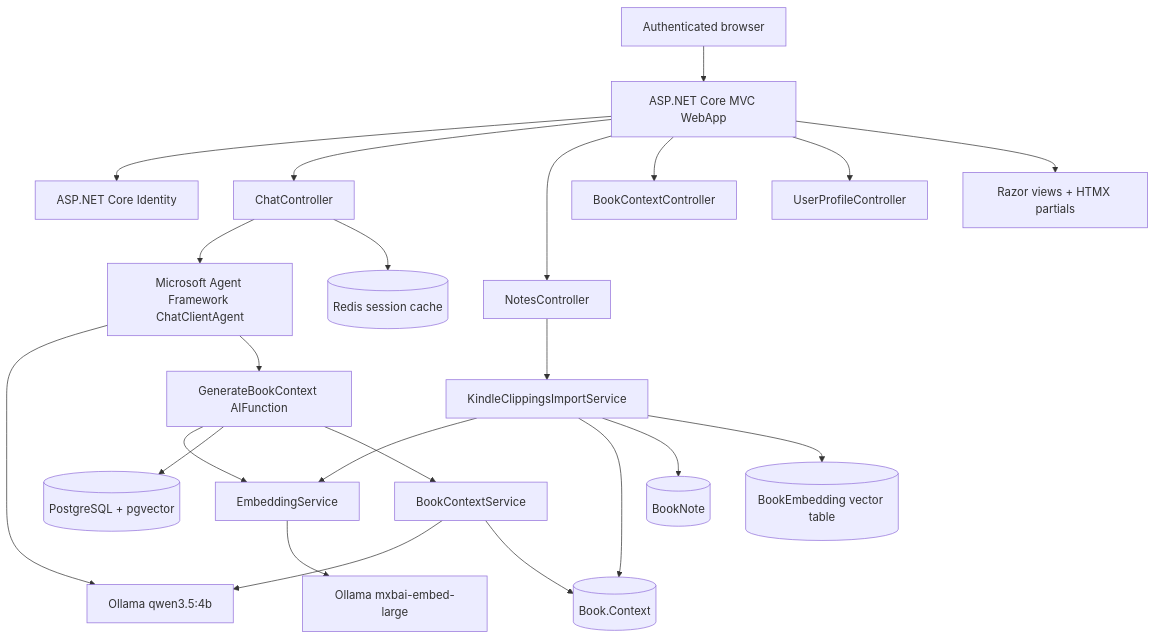
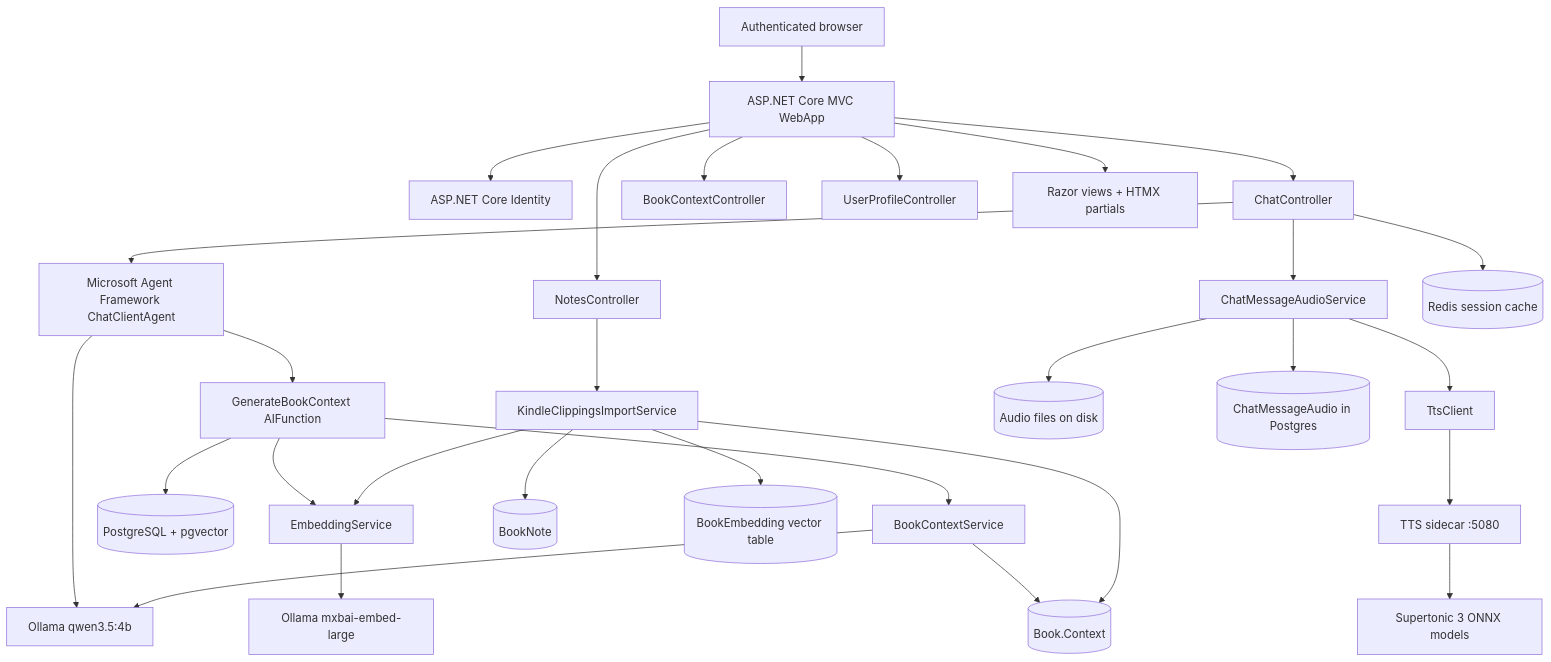
One commit to FabioRNobrega/book-notes-ia changed the first of 2 diagrams in README.md. Above: the diagram before and after it, drawn with Mermaid. The commit also changed other lines of this file and 6 other files, not shown here.

Commit message:
feat(tts): integrate TTS service with CI, update documentation, and enhance test coverage

````diff
--- a/README.md
+++ b/README.md
@@ -49,29 +54,36 @@
 ```mermaid
 flowchart TD
     Browser[Authenticated browser] --> MVC[ASP.NET Core MVC WebApp]
     MVC --> Identity[ASP.NET Core Identity]
     MVC --> ChatController[ChatController]
     MVC --> NotesController[NotesController]
     MVC --> BookContextController[BookContextController]
     MVC --> UserProfileController[UserProfileController]
 
     ChatController --> Agent[Microsoft Agent Framework ChatClientAgent]
     Agent --> ChatModel[Ollama qwen3.5:4b]
     Agent --> Tool[GenerateBookContext AIFunction]
 
     Tool --> EmbeddingService[EmbeddingService]
     EmbeddingService --> EmbeddingModel[Ollama mxbai-embed-large]
     Tool --> Pgvector[(PostgreSQL + pgvector)]
     Tool --> BookContextService[BookContextService]
     BookContextService --> ChatModel
     BookContextService --> Books[(Book.Context)]
 
     NotesController --> Import[KindleClippingsImportService]
     Import --> EmbeddingService
     Import --> Books
     Import --> Notes[(BookNote)]
     Import --> BookEmbeddings[(BookEmbedding vector table)]
 
+    ChatController --> AudioService[ChatMessageAudioService]
+    AudioService --> TtsClient[TtsClient]
+    TtsClient --> TtsSidecar[TTS sidecar :5080]
+    TtsSidecar --> ONNXModels[Supertonic 3 ONNX models]
+    AudioService --> AudioStorage[(Audio files on disk)]
+    AudioService --> AudioDb[(ChatMessageAudio in Postgres)]
+
     ChatController --> Redis[(Redis session cache)]
     MVC --> Views[Razor views + HTMX partials]
 ```
````
